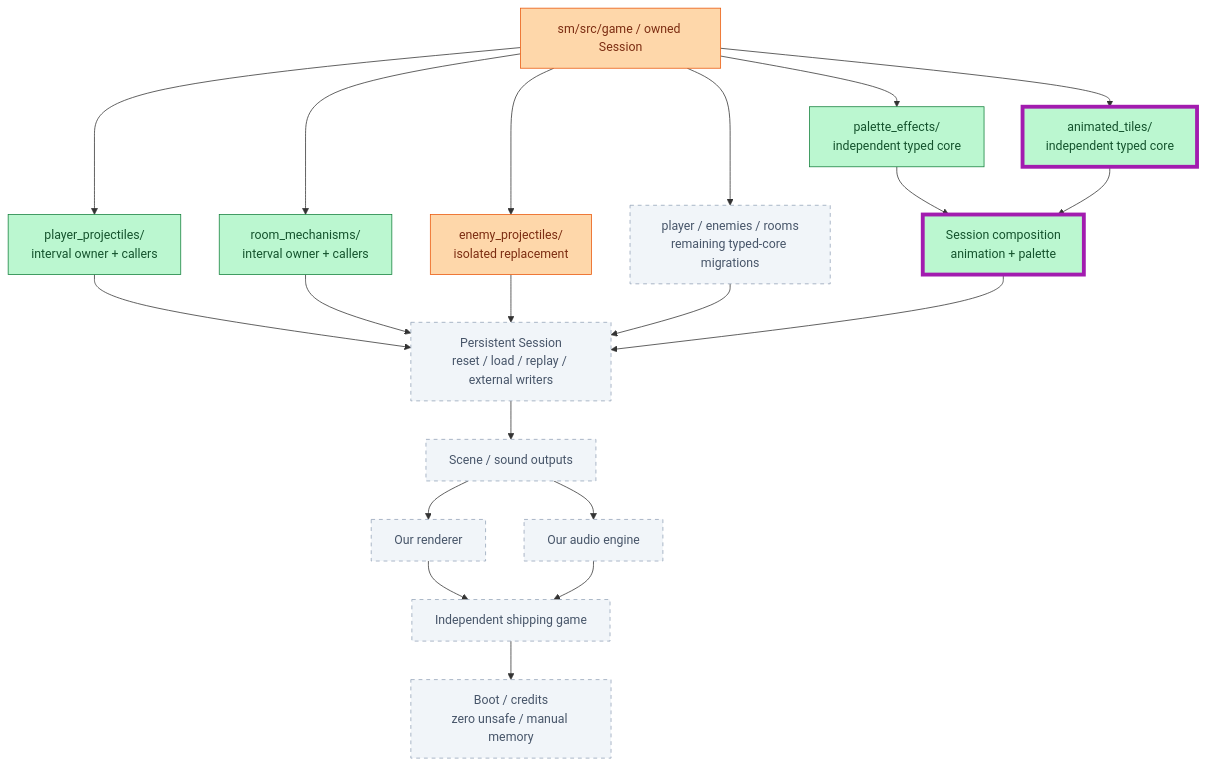
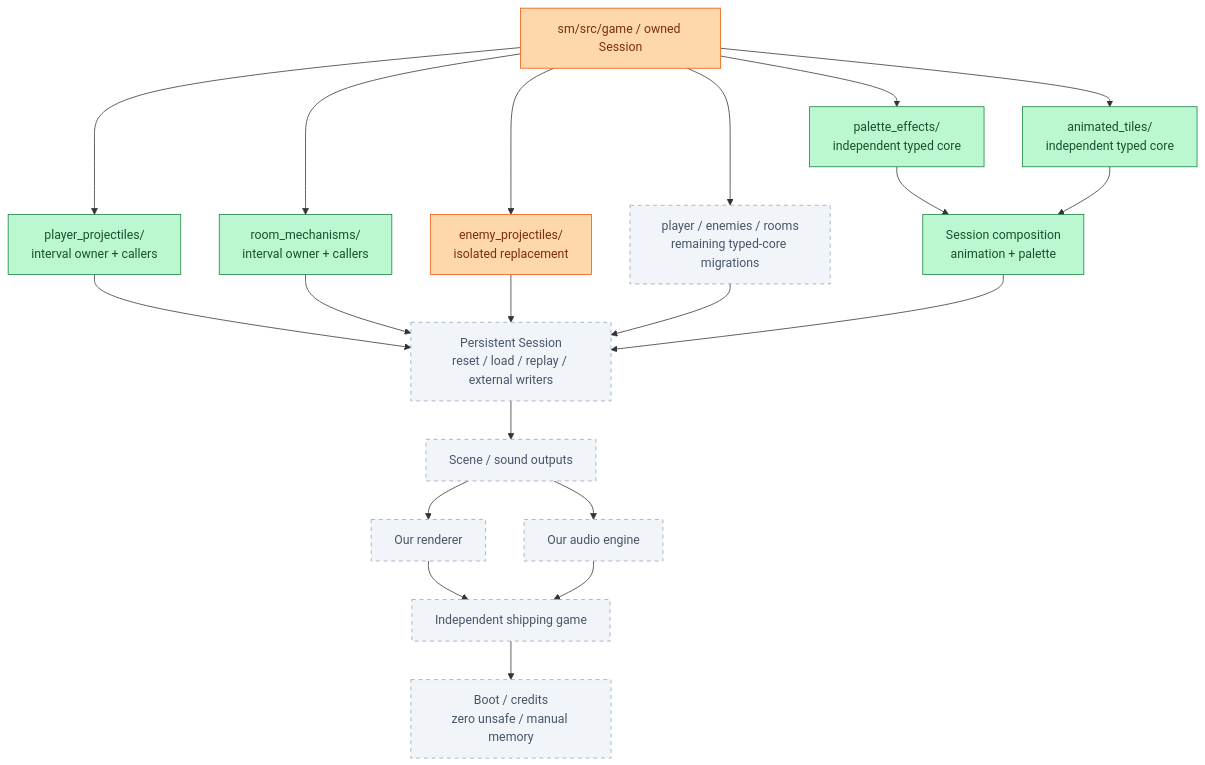
Before and after one commit to JimLundin/sm-decomp: the first of 3 diagrams in PROGRESS.md, drawn with Mermaid. The commit also changed other lines of this file and 1 other file, not shown here.

````diff
--- a/PROGRESS.md
+++ b/PROGRESS.md
@@ -7,37 +7,37 @@
 ```mermaid
 flowchart TB
     ROOT["sm/src/game / owned Session"]:::active
     ROOT --> PP
     ROOT --> RM
     ROOT --> PAL
     ROOT --> ANIM
     ROOT --> ENEMY
     ROOT --> REST
     PP["player_projectiles/<br/>interval owner + callers"]:::done
     RM["room_mechanisms/<br/>interval owner + callers"]:::done
     PAL["palette_effects/<br/>independent typed core"]:::done
     ANIM["animated_tiles/<br/>independent typed core"]:::done
     ENEMY["enemy_projectiles/<br/>isolated replacement"]:::active
     REST["player / enemies / rooms<br/>remaining typed-core migrations"]:::pending
     PP --> PERSIST
     RM --> PERSIST
     PAL --> COMPOSE
     ANIM --> COMPOSE
     ENEMY --> PERSIST
     REST --> PERSIST
     COMPOSE["Session composition<br/>animation + palette"]:::done
     COMPOSE --> PERSIST
     PERSIST["Persistent Session<br/>reset / load / replay / external writers"]:::pending
     PERSIST --> SCENE["Scene / sound outputs"]:::pending
     SCENE --> GPU["Our renderer"]:::pending
     SCENE --> AUDIO["Our audio engine"]:::pending
     GPU --> SHIP["Independent shipping game"]:::pending
     AUDIO --> SHIP
     SHIP --> END["Boot / credits<br/>zero unsafe / manual memory"]:::pending
     classDef done fill:#bbf7d0,stroke:#15803d,color:#14532d
     classDef checked fill:#bfdbfe,stroke:#2563eb,color:#1e3a8a
     classDef active fill:#fed7aa,stroke:#ea580c,color:#7c2d12
     classDef pending fill:#f1f5f9,stroke:#94a3b8,color:#475569,stroke-dasharray:5 5
     classDef changed stroke:#a21caf,stroke-width:5px
-    class ANIM,COMPOSE changed
+
 ```
````
